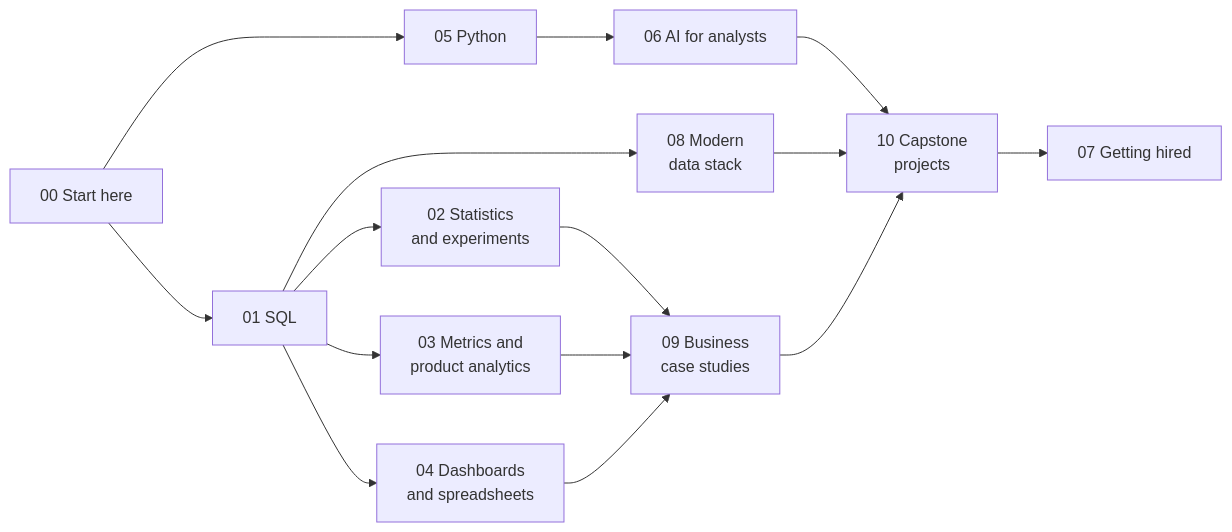
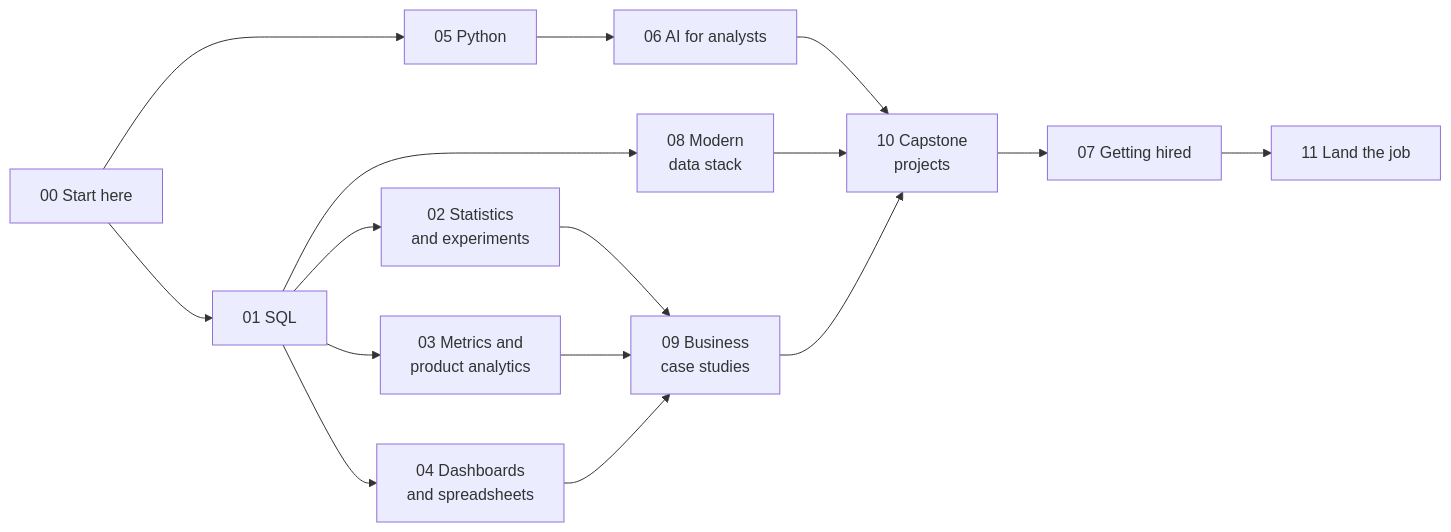
One commit to Ani19arya/analytics-from-scratch changed the diagram in README.md. Above: the diagram before and after it, drawn with Mermaid. The commit also changed other lines of this file and 4 other files, not shown here.

````diff
--- a/README.md
+++ b/README.md
@@ -51,17 +52,18 @@
 ```mermaid
 flowchart LR
     S["00 Start here"] --> SQL["01 SQL"]
     S --> PY["05 Python"]
     SQL --> ST["02 Statistics<br/>and experiments"]
     SQL --> ME["03 Metrics and<br/>product analytics"]
     SQL --> BI["04 Dashboards<br/>and spreadsheets"]
     PY --> AI["06 AI for analysts"]
     SQL --> DS["08 Modern<br/>data stack"]
     ST --> CS["09 Business<br/>case studies"]
     ME --> CS
     BI --> CS
     AI --> CP["10 Capstone<br/>projects"]
     DS --> CP
     CS --> CP
     CP --> H["07 Getting hired"]
+    H --> LJ["11 Land the job"]
 ```
````
